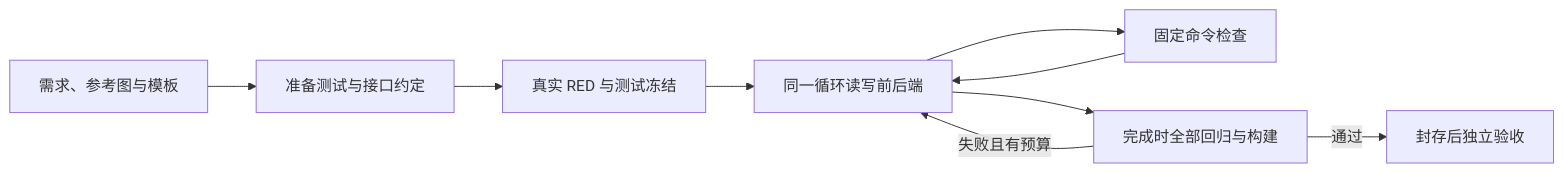
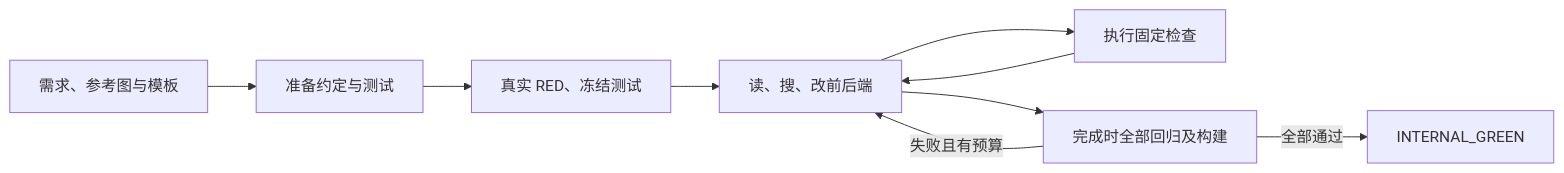
One commit to WncFht/requirement-to-web-agent changed the diagram in docs/architecture.md. Above: the diagram before and after it, drawn with Mermaid. The commit also changed other lines of this file and 140 other files, not shown here.

````diff
--- a/docs/architecture.md
+++ b/docs/architecture.md
@@ -23,11 +26,11 @@
 ```mermaid
 flowchart LR
-    I[需求、参考图与模板] --> T[准备测试与接口约定]
-    T --> F[真实 RED 与测试冻结]
-    F --> L[同一循环读写前后端]
-    L --> C[固定命令检查]
+    I[需求、参考图与模板] --> T[准备约定与测试]
+    T --> F[真实 RED、冻结测试]
+    F --> L[读、搜、改前后端]
+    L --> C[执行固定检查]
     C --> L
-    L --> A[完成时全部回归与构建]
+    L --> A[完成时全部回归及构建]
     A -->|失败且有预算| L
-    A -->|通过| E[封存后独立验收]
+    A -->|全部通过| G[INTERNAL_GREEN]
 ```
````
